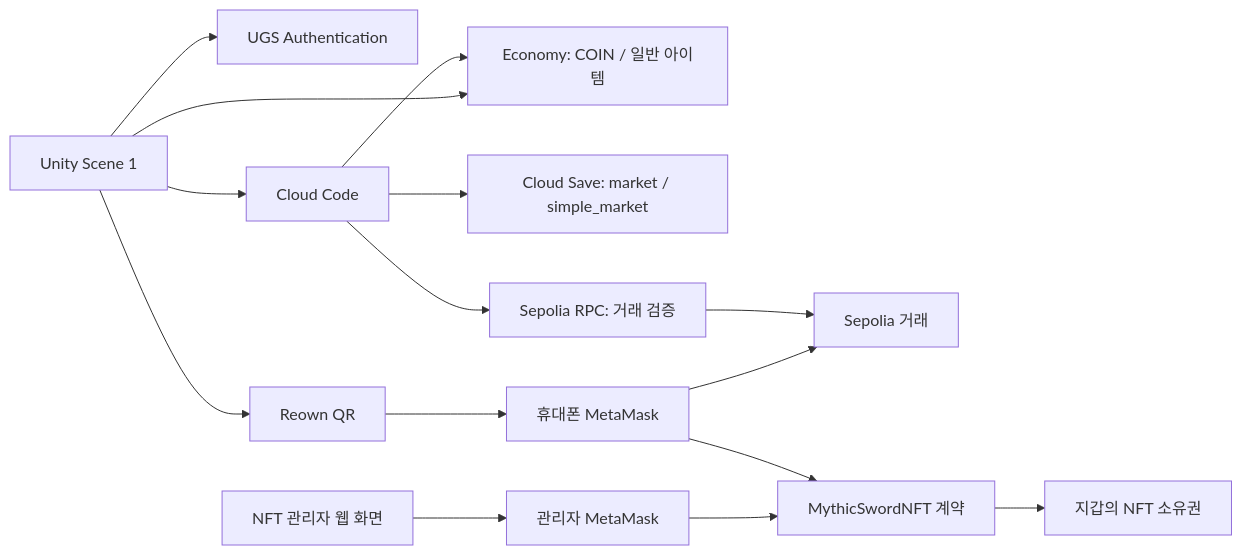
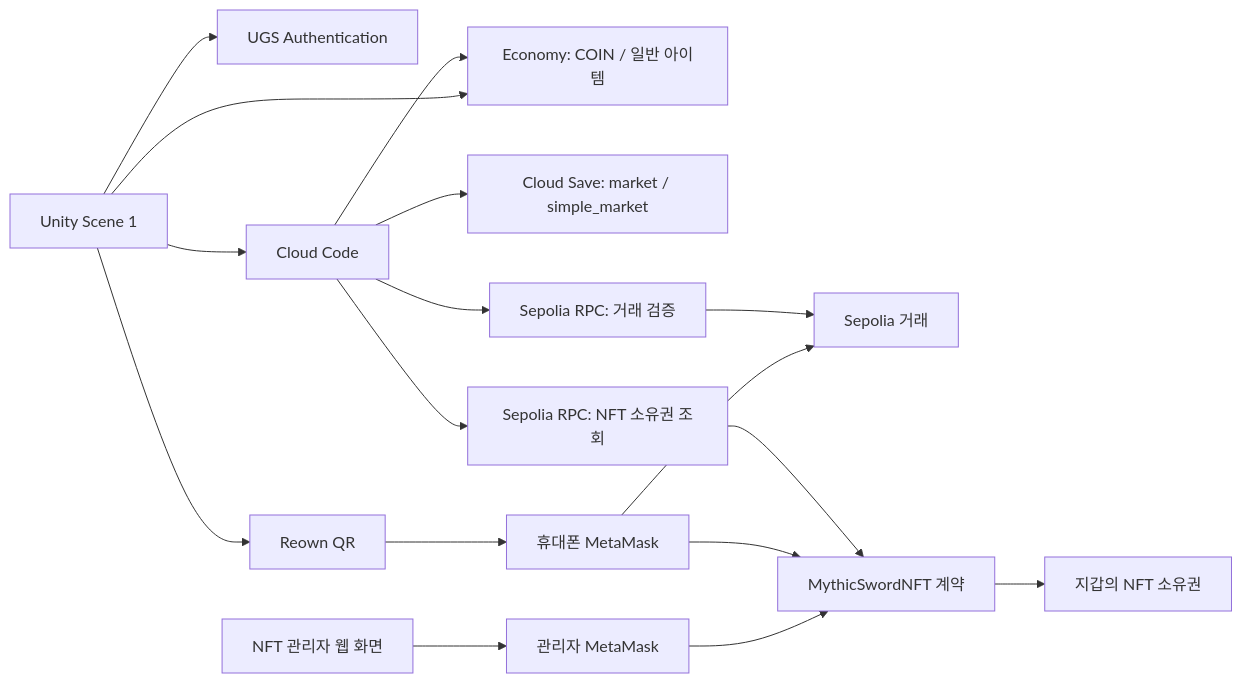
One commit to ikhong0303/UGSMarketwithSepoliaETH changed the diagram in README.md. Above: the diagram before and after it, drawn with Mermaid. The commit also changed other lines of this file, not shown here.

````diff
--- a/README.md
+++ b/README.md
@@ -101,17 +136,19 @@
 ```mermaid
 flowchart LR
     U[Unity Scene 1] --> A[UGS Authentication]
     U --> E[Economy: COIN / 일반 아이템]
     U --> C[Cloud Code]
     C --> S[Cloud Save: market / simple_market]
     C --> E
     U --> R[Reown QR]
     R --> M[휴대폰 MetaMask]
     M --> B[Sepolia 거래]
     C --> RPC[Sepolia RPC: 거래 검증]
     RPC --> B
+    C --> NRPC[Sepolia RPC: NFT 소유권 조회]
     W[NFT 관리자 웹 화면] --> AM[관리자 MetaMask]
     AM --> N[MythicSwordNFT 계약]
     M --> N
     N --> O[지갑의 NFT 소유권]
+    NRPC --> N
 ```
````
